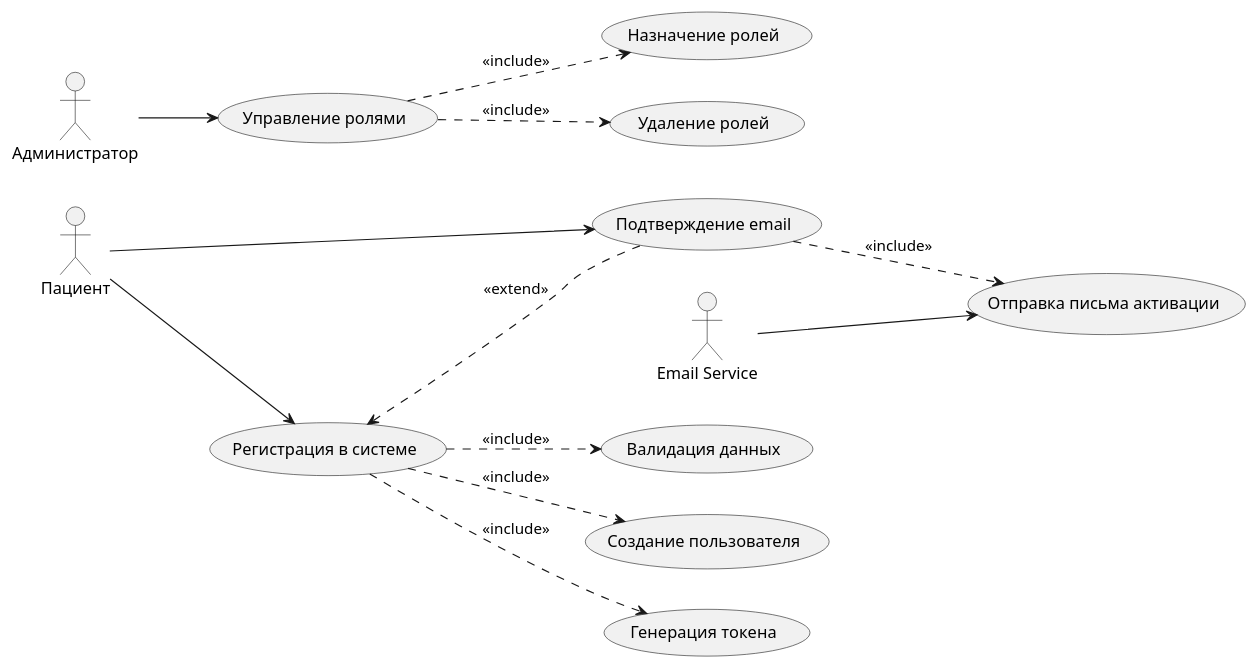
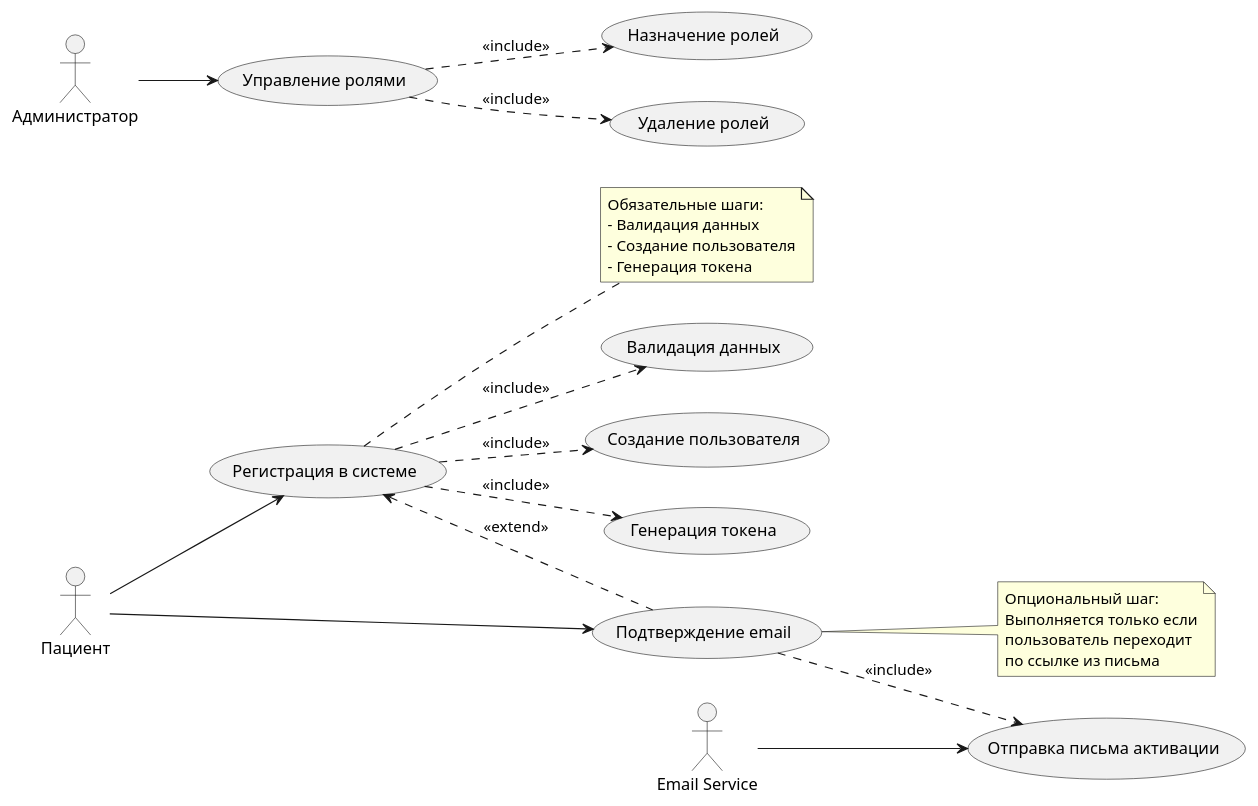
The diagram in diagrams-codes/UML_REGISTRATION_1_UseCase.puml (Edisheri/system-engineering-playbook), drawn with PlantUML before and after one commit. The commit also changed 10 other files, not shown here.

Commit message:
Add detailed decompositions for IDEF0 (A1, A2), DFD (P1), and update UML diagrams: add activation boxes, synchronous calls, fork/join, and proper include/extend relationships

```diff
--- a/diagrams-codes/UML_REGISTRATION_1_UseCase.puml
+++ b/diagrams-codes/UML_REGISTRATION_1_UseCase.puml
@@ -1,19 +1,37 @@
 @startuml
 left to right direction
 
-:Пациент: --> (Регистрация в системе)
-:Пациент: --> (Подтверждение email)
-:Администратор: --> (Управление ролями)
-:Email Service: --> (Отправка письма активации)
+actor Пациент
+actor Администратор
+actor "Email Service" as EmailService
+
+Пациент --> (Регистрация в системе)
+Пациент --> (Подтверждение email)
+Администратор --> (Управление ролями)
 
 (Регистрация в системе) ..> (Валидация данных): <<include>>
 (Регистрация в системе) ..> (Создание пользователя): <<include>>
 (Регистрация в системе) ..> (Генерация токена): <<include>>
 (Регистрация в системе) <.. (Подтверждение email): <<extend>>
 
 (Подтверждение email) ..> (Отправка письма активации): <<include>>
+EmailService --> (Отправка письма активации)
 
 (Управление ролями) ..> (Назначение ролей): <<include>>
 (Управление ролями) ..> (Удаление ролей): <<include>>
 
+note right of (Регистрация в системе)
+  Обязательные шаги:
+  - Валидация данных
+  - Создание пользователя
+  - Генерация токена
+end note
+
+note right of (Подтверждение email)
+  Опциональный шаг:
+  Выполняется только если
+  пользователь переходит
+  по ссылке из письма
+end note
+
 @enduml
```
